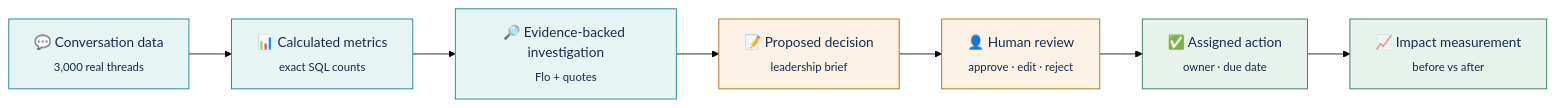
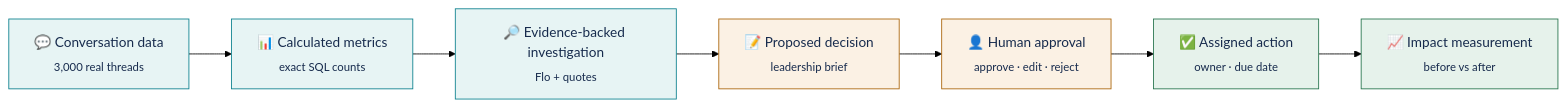
Before and after one commit to florina787/Data-sets: the first of 10 diagrams in convolens/README.md, drawn with Mermaid (forest theme). The commit also changed other lines of this file, not shown here.

First line of the commit message:
Rewrite README: assignment checklist, Gemini AI layer, live Flo, semantic search, human review, updated status

````diff
--- a/convolens/README.md
+++ b/convolens/README.md
@@ -63,16 +81,16 @@
 ```mermaid
 flowchart LR
   A["💬 Conversation data<br/><sub>3,000 real threads</sub>"] --> B["📊 Calculated metrics<br/><sub>exact SQL counts</sub>"]
   B --> C["🔎 Evidence-backed investigation<br/><sub>Flo + quotes</sub>"]
   C --> D["📝 Proposed decision<br/><sub>leadership brief</sub>"]
-  D --> E["👤 Human review<br/><sub>approve · edit · reject</sub>"]
+  D --> E["👤 Human approval<br/><sub>approve · edit · reject</sub>"]
   E --> F["✅ Assigned action<br/><sub>owner · due date</sub>"]
   F --> G["📈 Impact measurement<br/><sub>before vs after</sub>"]
   style A fill:#E7F4F4,stroke:#087F8C,color:#172B4D
   style B fill:#E7F4F4,stroke:#087F8C,color:#172B4D
   style C fill:#E7F4F4,stroke:#087F8C,color:#172B4D
   style D fill:#FBF1E4,stroke:#A96308,color:#172B4D
   style E fill:#FBF1E4,stroke:#A96308,color:#172B4D
   style F fill:#E6F2EB,stroke:#24734B,color:#172B4D
   style G fill:#E6F2EB,stroke:#24734B,color:#172B4D
 ```
````
